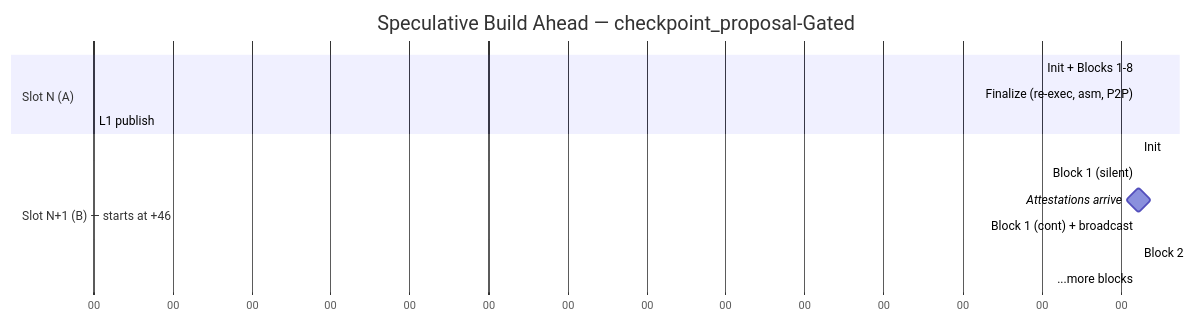
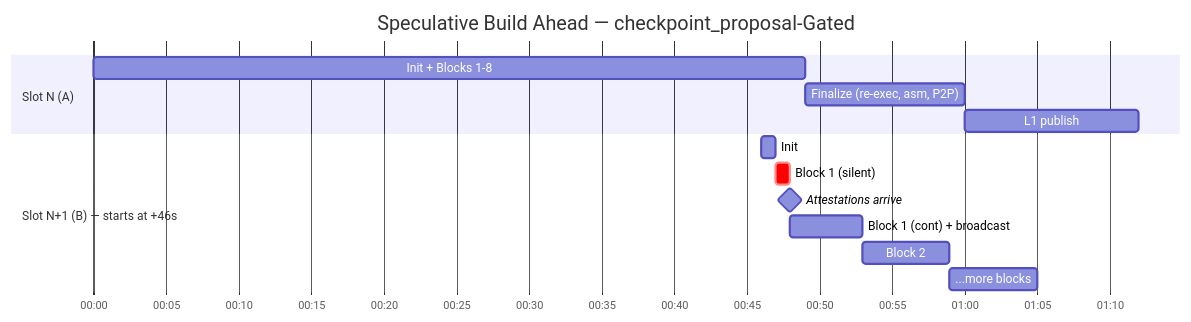
The third of 5 diagrams in docs/build-ahead/dd.md (AztecProtocol/engineering-designs), drawn with Mermaid before and after one commit. The commit also changed other lines of this file, not shown here.

Commit message:
chore: fix mermaids

````diff
--- a/docs/build-ahead/dd.md
+++ b/docs/build-ahead/dd.md
@@ -138,19 +140,19 @@
 ```mermaid
 gantt
     title Speculative Build Ahead — checkpoint_proposal-Gated
-    dateFormat s
-    axisFormat %S
+    dateFormat YYYY-MM-DD HH:mm:ss
+    axisFormat %M:%S
 
     section Slot N (A)
-    Init + Blocks 1-8    :a_build, 0, 49s
-    Finalize (re-exec, asm, P2P) :a_fin, 49, 11s
-    L1 publish           :a_l1, 60, 12s
+    Init + Blocks 1-8           :a_build, 2024-01-01 00:00:00, 49s
+    Finalize (re-exec, asm, P2P):a_fin,   2024-01-01 00:00:49, 11s
+    L1 publish                  :a_l1,    2024-01-01 00:01:00, 12s
 
-    section Slot N+1 (B) — starts at +46
-    Init                 :b_init, 46, 1s
-    Block 1 (silent)     :crit, b_silent, 47, 1s
-    Attestations arrive  :milestone, 48, 0s
-    Block 1 (cont) + broadcast :b_blk1, 48, 5s
-    Block 2              :b_blk2, 53, 6s
-    ...more blocks       :b_more, 59, 6s
+    section Slot N+1 (B) — starts at +46s
+    Init                        :b_init,    2024-01-01 00:00:46, 1s
+    Block 1 (silent)            :crit, b_silent, 2024-01-01 00:00:47, 1s
+    Attestations arrive         :milestone, b_attest, 2024-01-01 00:00:48, 0s
+    Block 1 (cont) + broadcast  :b_blk1,    2024-01-01 00:00:48, 5s
+    Block 2                     :b_blk2,    2024-01-01 00:00:53, 6s
+    ...more blocks              :b_more,    2024-01-01 00:00:59, 6s
 ```
````
